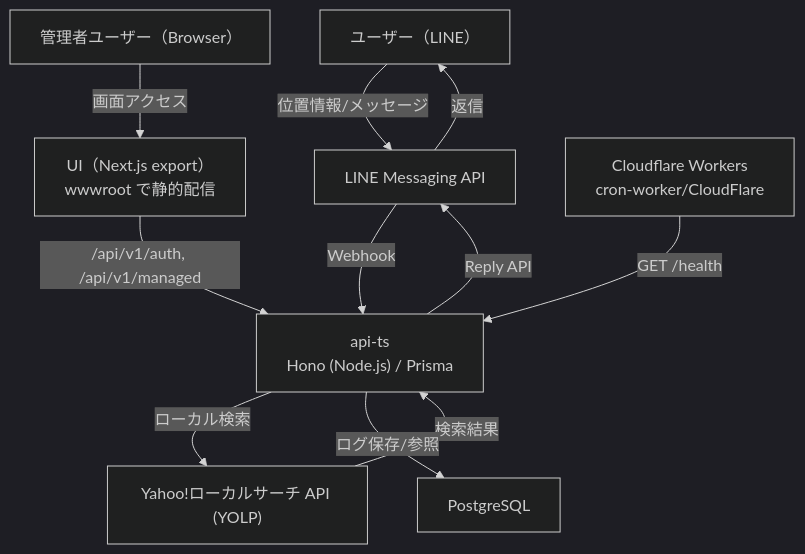
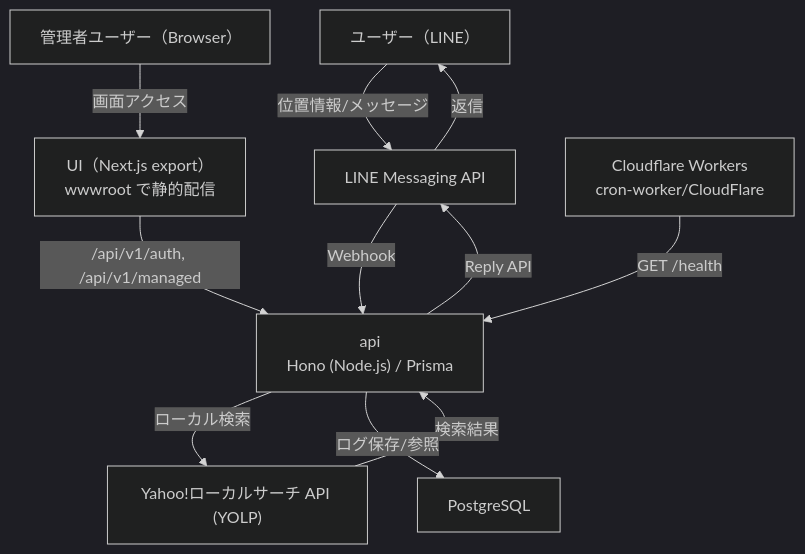
Before and after one commit to agts86/G-Searcher: the first of 4 diagrams in Architect.md, drawn with Mermaid (dark theme). The commit also changed other lines of this file and 130 other files, not shown here.

````diff
--- a/Architect.md
+++ b/Architect.md
@@ -5,22 +5,22 @@
 ```mermaid
 graph TD
     User["ユーザー（LINE）"]
     Admin["管理者ユーザー（Browser）"]
     LineAPI["LINE Messaging API"]
     Ui["UI（Next.js export）<br/>wwwroot で静的配信"]
-    Api["api-ts<br/>Hono (Node.js) / Prisma"]
+    Api["api<br/>Hono (Node.js) / Prisma"]
     Yahoo["Yahoo!ローカルサーチ API (YOLP)"]
     DB["PostgreSQL"]
     Worker["Cloudflare Workers<br/>cron-worker/CloudFlare"]
 
     User -->|位置情報/メッセージ| LineAPI
     LineAPI -->|Webhook| Api
     Admin -->|画面アクセス| Ui
     Ui -->|/api/v1/auth, /api/v1/managed| Api
     Api -->|ローカル検索| Yahoo
     Yahoo -->|検索結果| Api
     Api -->|ログ保存/参照| DB
     Api -->|Reply API| LineAPI
     LineAPI -->|返信| User
     Worker -->|GET /health| Api
 ```
````
